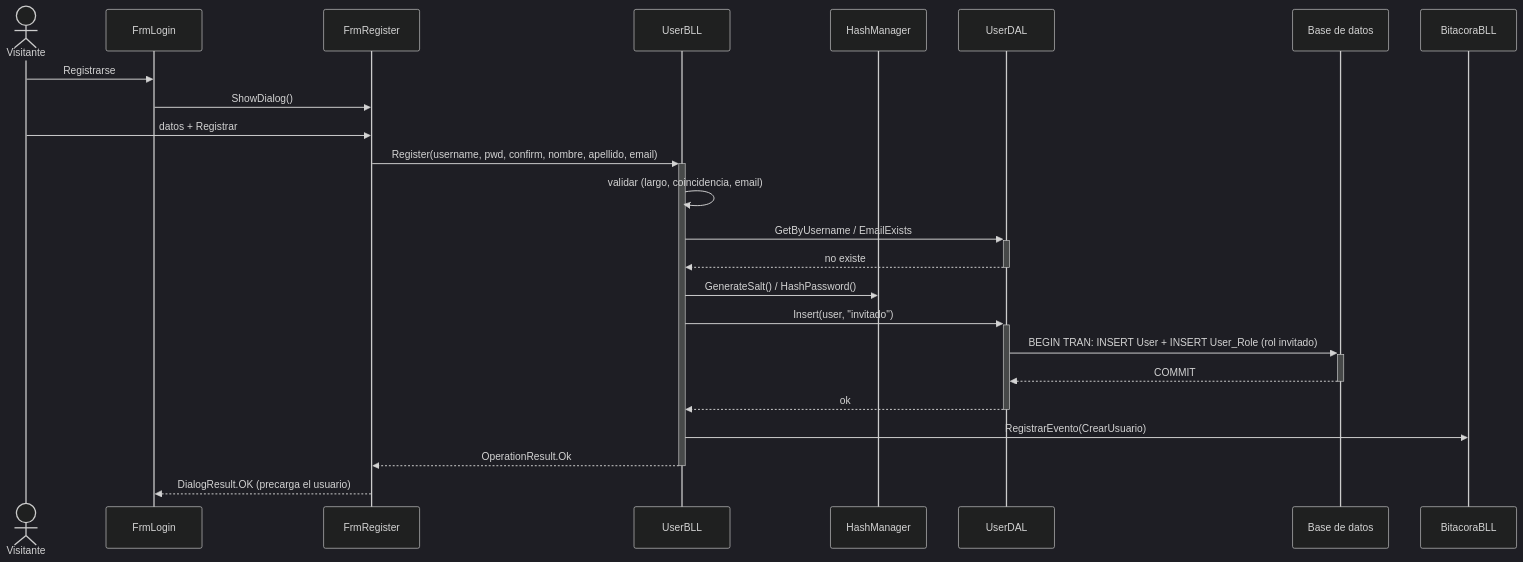
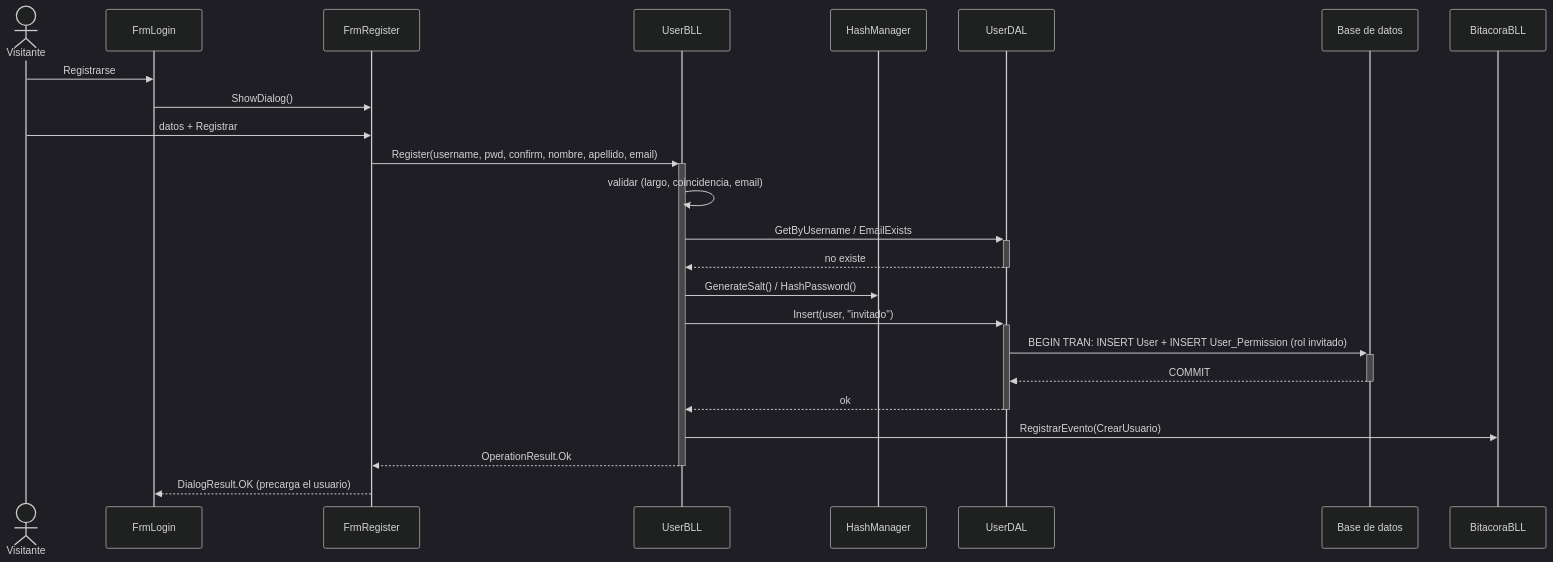
One commit to UAINahueLeandroDefeudi/uai-ing-soft changed the third of 4 diagrams in docs/ERS - Especificación de Requerimientos Software/DS - Diagramas de secuencia/DS-permisos-composite.md. Above: the diagram before and after it, drawn with Mermaid (dark theme). The commit also changed other lines of this file and 27 other files, not shown here.

````diff
--- a/docs/ERS - Especificación de Requerimientos Software/DS - Diagramas de secuencia/DS-permisos-composite.md
+++ b/docs/ERS - Especificación de Requerimientos Software/DS - Diagramas de secuencia/DS-permisos-composite.md
@@ -80,27 +79,27 @@
 ```mermaid
 sequenceDiagram
     actor Visitante
     participant L as FrmLogin
     participant R as FrmRegister
     participant UB as UserBLL
     participant H as HashManager
     participant UD as UserDAL
     participant BD as Base de datos
     participant B as BitacoraBLL
 
     Visitante->>L: Registrarse
     L->>R: ShowDialog()
     Visitante->>R: datos + Registrar
     R->>+UB: Register(username, pwd, confirm, nombre, apellido, email)
     UB->>UB: validar (largo, coincidencia, email)
     UB->>+UD: GetByUsername / EmailExists
     UD-->>-UB: no existe
     UB->>H: GenerateSalt() / HashPassword()
     UB->>+UD: Insert(user, "invitado")
-    UD->>+BD: BEGIN TRAN: INSERT User + INSERT User_Role (rol invitado)
+    UD->>+BD: BEGIN TRAN: INSERT User + INSERT User_Permission (rol invitado)
     BD-->>-UD: COMMIT
     UD-->>-UB: ok
     UB->>B: RegistrarEvento(CrearUsuario)
     UB-->>-R: OperationResult.Ok
     R-->>L: DialogResult.OK (precarga el usuario)
 ```
````
